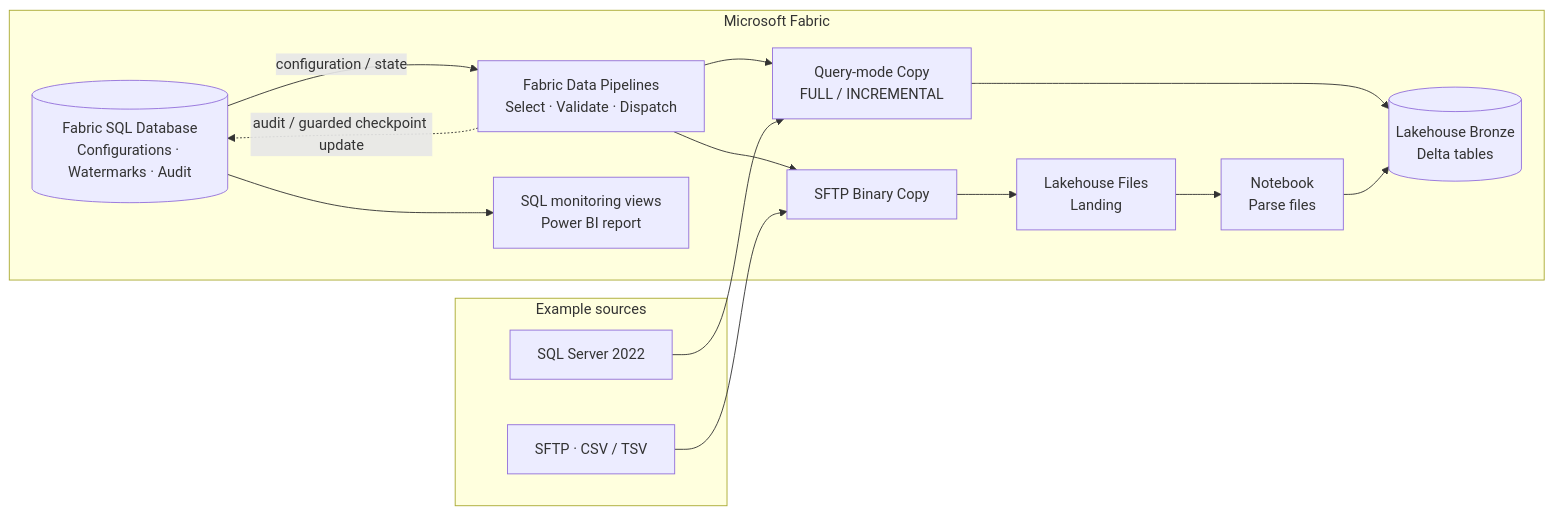
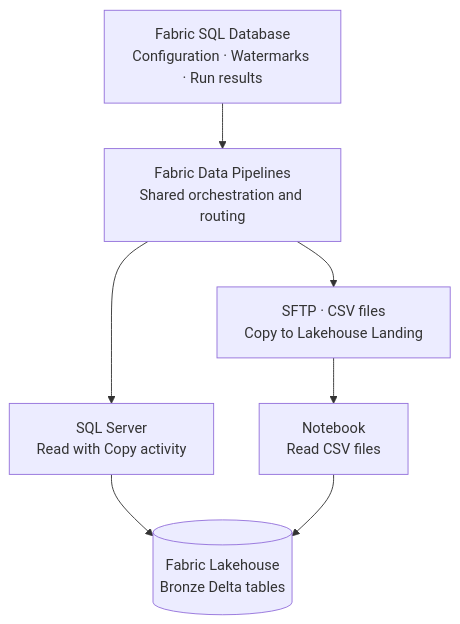
The diagram in README.md (getnkit/fabric-metadata-driven-ingestion), drawn with Mermaid before and after one commit. The commit also changed other lines of this file, not shown here.

````diff
--- a/README.md
+++ b/README.md
@@ -11,24 +11,16 @@
 ```mermaid
-flowchart LR
-    subgraph SOURCES["Example sources"]
-        SQL["SQL Server 2022"]
-        SFTP["SFTP · CSV / TSV"]
-    end
-    subgraph FABRIC["Microsoft Fabric"]
-        CTRL[("Fabric SQL Database<br/>Configurations · Watermarks · Audit")]
-        PIPE["Fabric Data Pipelines<br/>Select · Validate · Dispatch"]
-        DB["Query-mode Copy<br/>FULL / INCREMENTAL"]
-        FILE["SFTP Binary Copy"]
-        LAND["Lakehouse Files<br/>Landing"]
-        NB["Notebook<br/>Parse files"]
-        BRONZE[("Lakehouse Bronze<br/>Delta tables")]
-        REPORT["SQL monitoring views<br/>Power BI report"]
-    end
-    CTRL -->|"configuration / state"| PIPE
-    PIPE --> DB
-    PIPE --> FILE
-    SQL --> DB --> BRONZE
-    SFTP --> FILE --> LAND --> NB --> BRONZE
-    PIPE -.->|"audit / guarded checkpoint update"| CTRL
-    CTRL --> REPORT
+flowchart TB
+    CONTROL["Fabric SQL Database<br/>Configuration · Watermarks · Run results"]
+    ORCH["Fabric Data Pipelines<br/>Shared orchestration and routing"]
+    SQL["SQL Server<br/>Read with Copy activity"]
+    SFTP["SFTP · CSV files<br/>Copy to Lakehouse Landing"]
+    NOTEBOOK["Notebook<br/>Read CSV files"]
+    BRONZE[("Fabric Lakehouse<br/>Bronze Delta tables")]
+
+    CONTROL --> ORCH
+    ORCH --> SQL
+    ORCH --> SFTP
+    SQL --> BRONZE
+    SFTP --> NOTEBOOK
+    NOTEBOOK --> BRONZE
 ```
````
